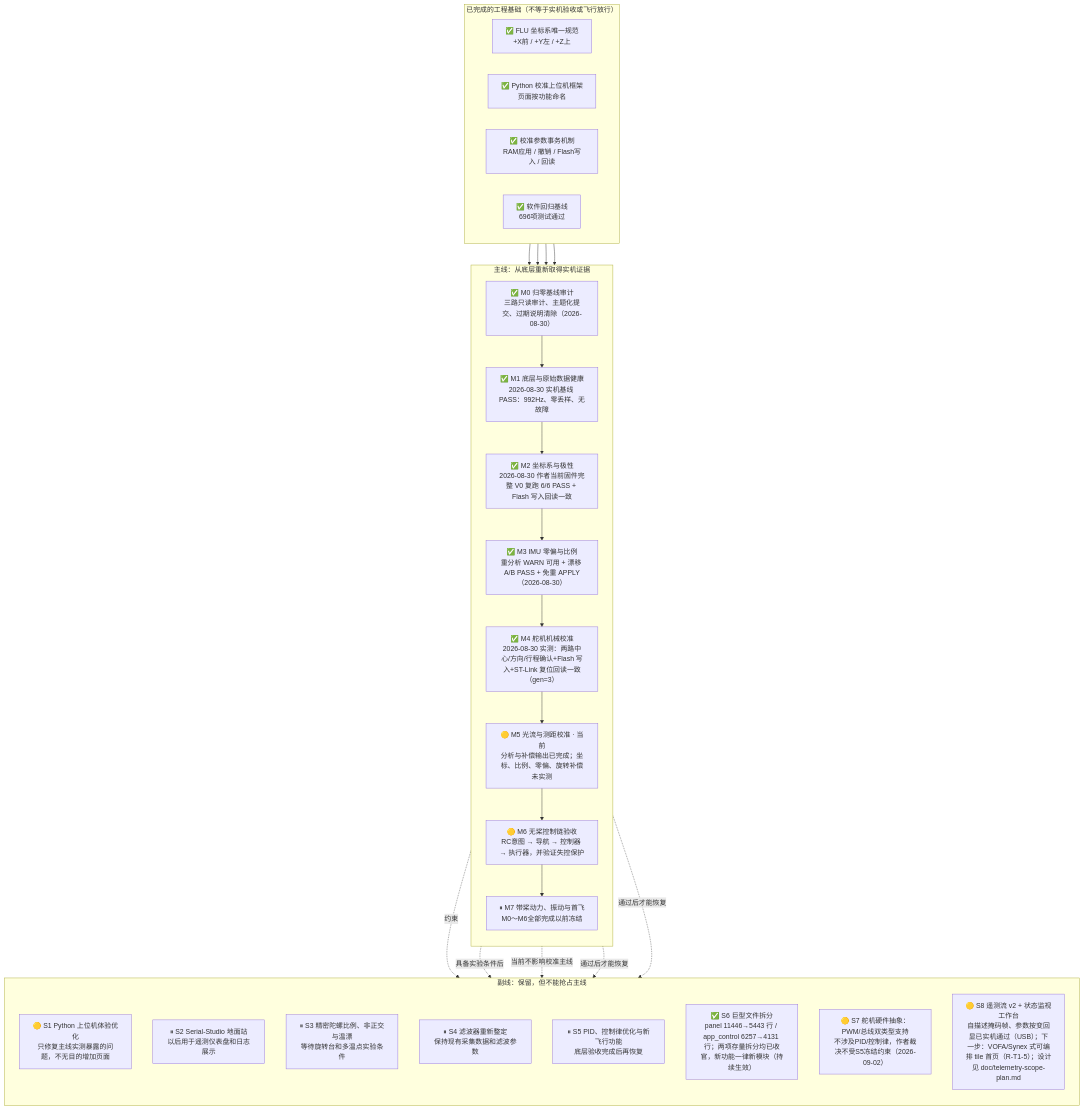
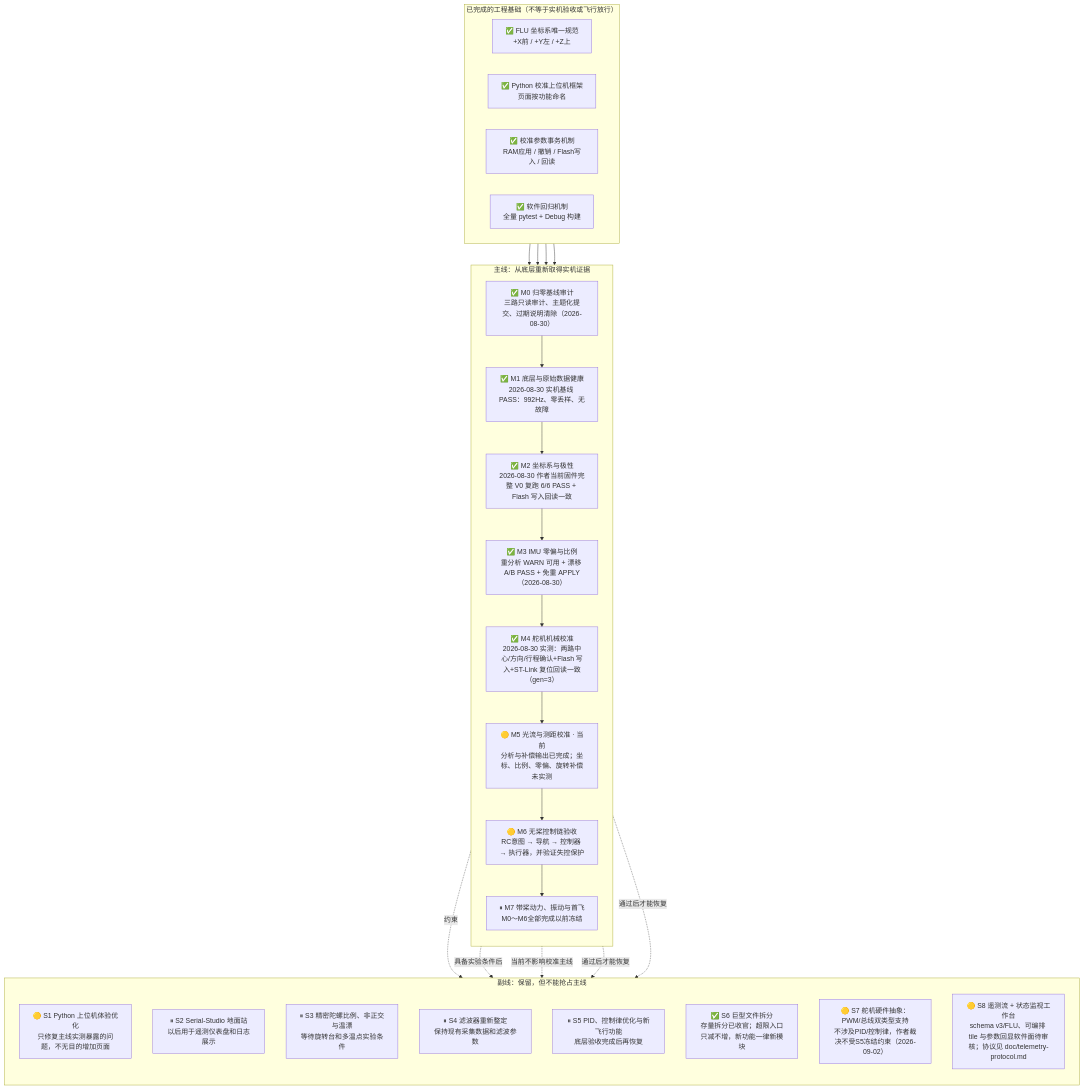
Before and after one commit to ThroneTLE/drone-H743: the diagram in PIPELINE.md, drawn with Mermaid. The commit also changed other lines of this file and 44 other files, not shown here.

````diff
--- a/PIPELINE.md
+++ b/PIPELINE.md
@@ -16,46 +16,46 @@
 ```mermaid
 flowchart TB
     subgraph BASE["已完成的工程基础（不等于实机验收或飞行放行）"]
         direction LR
         B1["✅ FLU 坐标系唯一规范<br/>+X前 / +Y左 / +Z上"]
         B2["✅ Python 校准上位机框架<br/>页面按功能命名"]
         B3["✅ 校准参数事务机制<br/>RAM应用 / 撤销 / Flash写入 / 回读"]
-        B4["✅ 软件回归基线<br/>696项测试通过"]
+        B4["✅ 软件回归机制<br/>全量 pytest + Debug 构建"]
     end
 
     subgraph MAIN["主线：从底层重新取得实机证据"]
         direction TB
         M0["✅ M0 归零基线审计<br/>三路只读审计、主题化提交、过期说明清除（2026-08-30）"]
         M1["✅ M1 底层与原始数据健康<br/>2026-08-30 实机基线 PASS：992Hz、零丢样、无故障"]
         M2["✅ M2 坐标系与极性<br/>2026-08-30 作者当前固件完整 V0 复跑 6/6 PASS + Flash 写入回读一致"]
         M3["✅ M3 IMU 零偏与比例<br/>重分析 WARN 可用 + 漂移 A/B PASS + 免重 APPLY（2026-08-30）"]
         M4["✅ M4 舵机机械校准<br/>2026-08-30 实测：两路中心/方向/行程确认+Flash 写入+ST-Link 复位回读一致（gen=3）"]
         M5["🟡 M5 光流与测距校准 · 当前<br/>分析与补偿输出已完成；坐标、比例、零偏、旋转补偿未实测"]
         M6["🟡 M6 无桨控制链验收<br/>RC意图 → 导航 → 控制器 → 执行器，并验证失控保护"]
         M7["⏸ M7 带桨动力、振动与首飞<br/>M0～M6全部完成以前冻结"]
         M0 --> M1 --> M2 --> M3 --> M4 --> M5 --> M6 --> M7
     end
 
     B1 --> M0
     B2 --> M0
     B3 --> M0
     B4 --> M0
 
     subgraph SIDE["副线：保留，但不能抢占主线"]
         direction TB
         S1["🟡 S1 Python 上位机体验优化<br/>只修复主线实测暴露的问题，不无目的增加页面"]
         S2["⏸ S2 Serial-Studio 地面站<br/>以后用于遥测仪表盘和日志展示"]
         S3["⏸ S3 精密陀螺比例、非正交与温漂<br/>等待旋转台和多温点实验条件"]
         S4["⏸ S4 滤波器重新整定<br/>保持现有采集数据和滤波参数"]
         S5["⏸ S5 PID、控制律优化与新飞行功能<br/>底层验收完成后再恢复"]
-        S6["✅ S6 巨型文件拆分<br/>panel 11446→5443 行 / app_control 6257→4131 行；两项存量拆分均已收官，新功能一律新模块（持续生效）"]
+        S6["✅ S6 巨型文件拆分<br/>存量拆分已收官；超限入口只减不增，新功能一律新模块"]
         S7["🟡 S7 舵机硬件抽象：PWM/总线双类型支持<br/>不涉及PID/控制律，作者裁决不受S5冻结约束（2026-09-02）"]
-        S8["🟡 S8 遥测流 v2 + 状态监视工作台<br/>自描述掩码帧、参数按变回显已实机通过（USB）；下一步：VOFA/Synex 式可编排 tile 首页（R-T1-5）；设计见 doc/telemetry-scope-plan.md"]
+        S8["🟡 S8 遥测流 + 状态监视工作台<br/>schema v3/FLU、可编排 tile 与参数回显软件面待审核；协议见 doc/telemetry-protocol.md"]
     end
 
     M0 -.约束.-> S1
     M1 -.具备实验条件后.-> S3
     M5 -.当前不影响校准主线.-> S2
     M6 -.通过后才能恢复.-> S4
     M6 -.通过后才能恢复.-> S5
 ```
````
